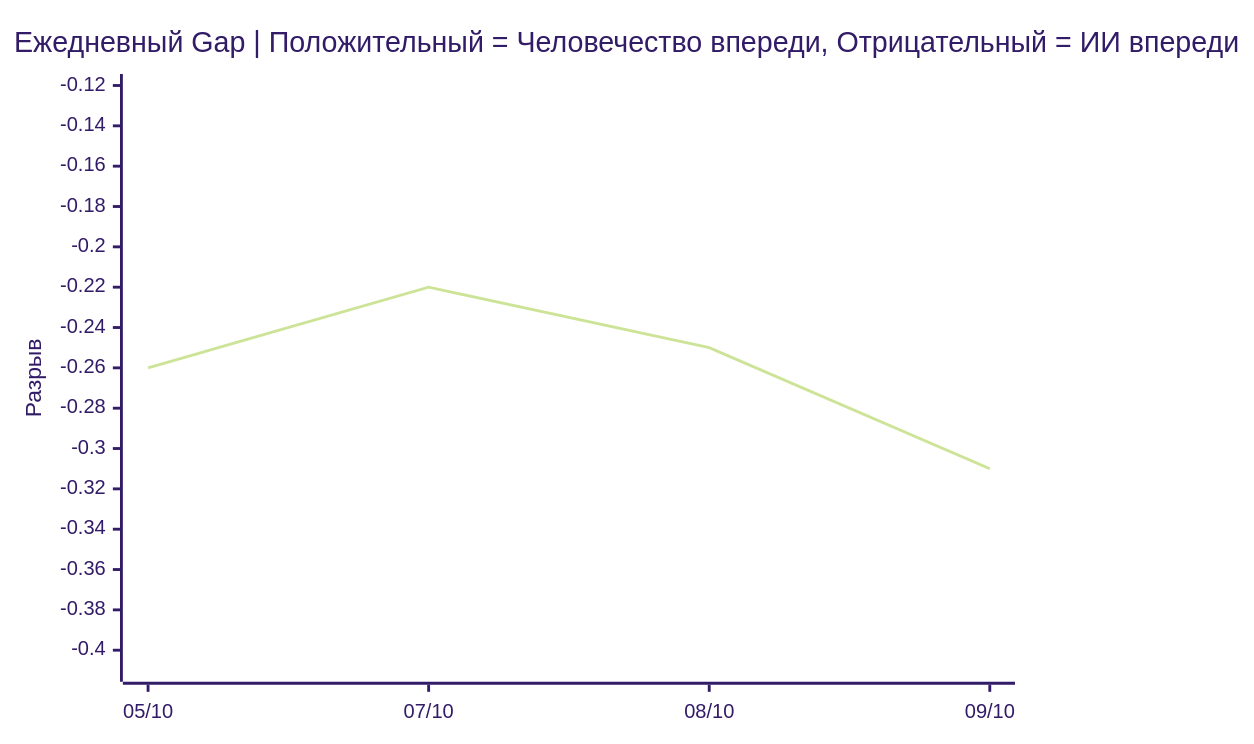
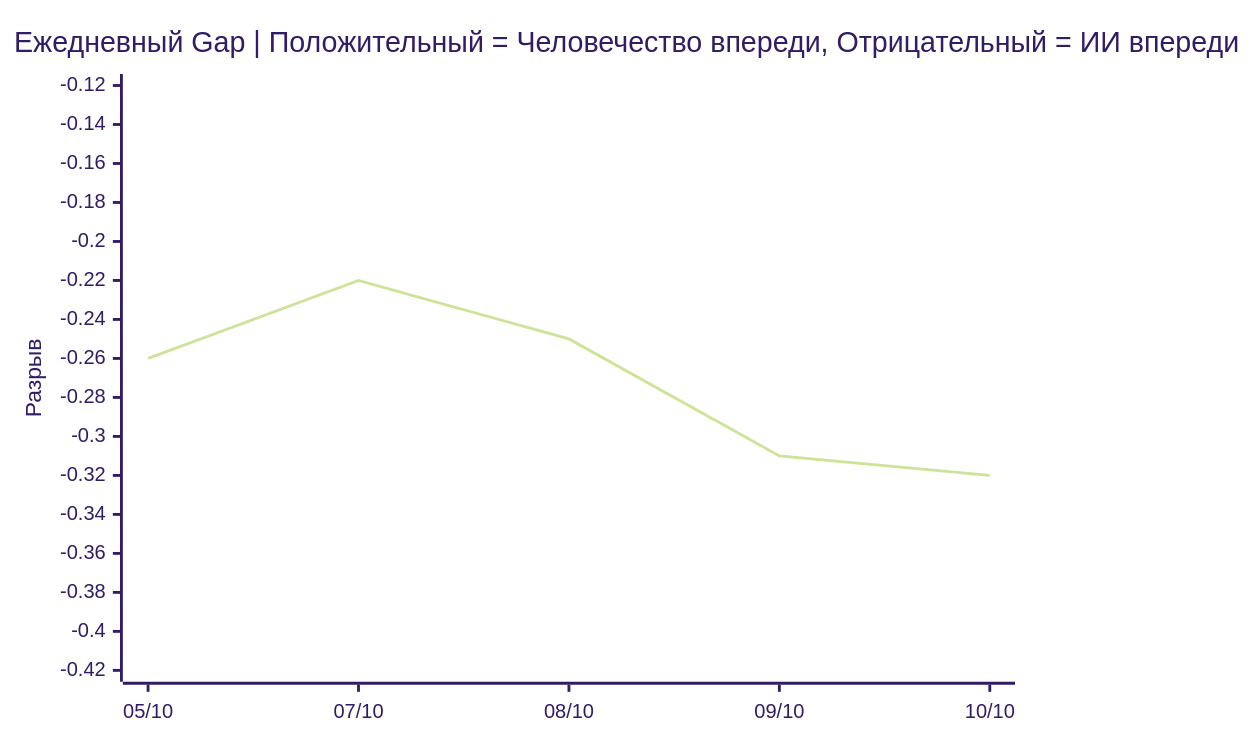
The third of 3 diagrams in README.ru.md (VQQLK/Human-AI-Monitor), drawn with Mermaid (forest theme) before and after one commit. The commit also changed other lines of this file and 5 other files, not shown here.

````diff
--- a/README.ru.md
+++ b/README.ru.md
@@ -53,7 +53,7 @@
 ```mermaid
 xychart-beta
     title "Ежедневный Gap | Положительный = Человечество впереди, Отрицательный = ИИ впереди"
-    x-axis ["05/10", "07/10", "08/10", "09/10"]
-    y-axis "Разрыв" -0.41 --> -0.12
-    line [-0.26, -0.22, -0.25, -0.31]
+    x-axis ["05/10", "07/10", "08/10", "09/10", "10/10"]
+    y-axis "Разрыв" -0.42 --> -0.12
+    line [-0.26, -0.22, -0.25, -0.31, -0.32]
 ```
````
